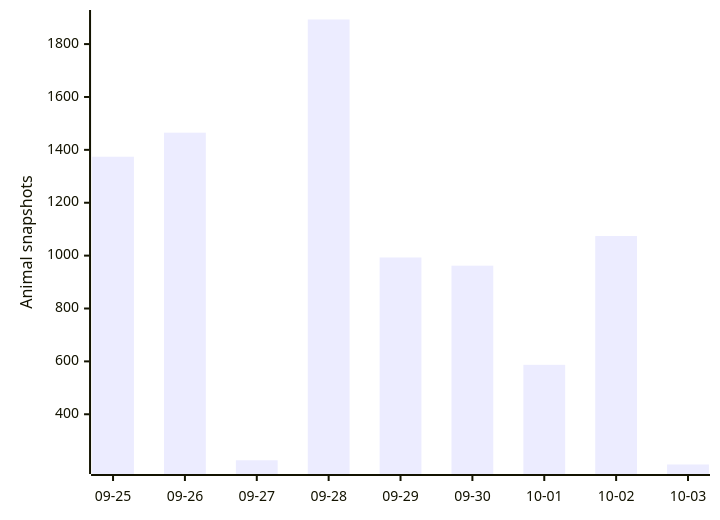
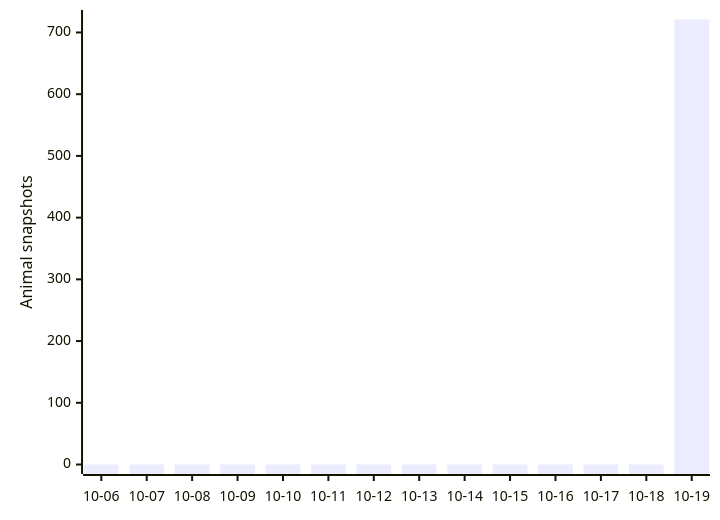
One commit to joshuafrommeyer-35/PierTracker changed the first of 3 diagrams in README.md. Above: the diagram before and after it, drawn with Mermaid. The commit also changed other lines of this file and 7 other files, not shown here.

````diff
--- a/README.md
+++ b/README.md
@@ -134,6 +134,6 @@
 ```mermaid
 xychart-beta
-    x-axis ["09-25", "09-26", "09-27", "09-28", "09-29", "09-30", "10-01", "10-02", "10-03"]
+    x-axis ["10-06", "10-07", "10-08", "10-09", "10-10", "10-11", "10-12", "10-13", "10-14", "10-15", "10-16", "10-17", "10-18", "10-19"]
     y-axis "Animal snapshots"
-    bar [1374, 1465, 226, 1893, 993, 962, 587, 1074, 210]
+    bar [0, 0, 0, 0, 0, 0, 0, 0, 0, 0, 0, 0, 0, 721]
 ```
````
